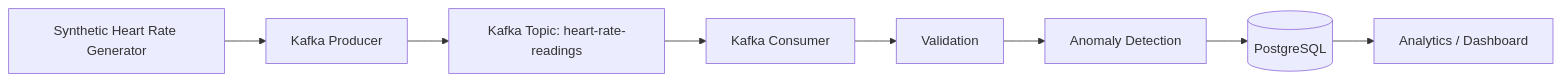
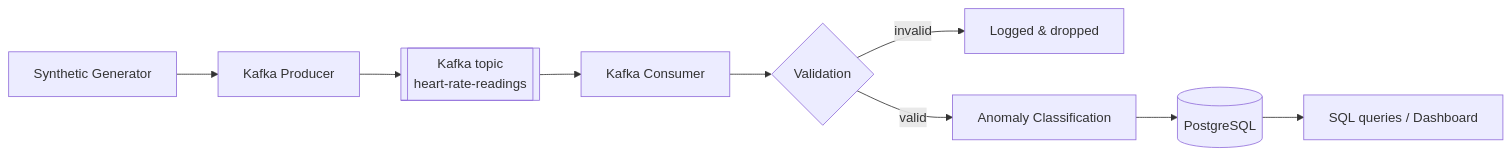
Before and after one commit to Latiah/Heart_Beat_Monitoring_System: the diagram in README.md, drawn with Mermaid. The commit also changed other lines of this file and 26 other files, not shown here.

````diff
--- a/README.md
+++ b/README.md
@@ -23,13 +23,11 @@
 ```mermaid
 flowchart LR
-    A[Synthetic Heart Rate Generator]
-    B[Kafka Producer]
-    C[Kafka Topic: heart-rate-readings]
-    D[Kafka Consumer]
-    E[Validation]
-    F[Anomaly Detection]
-    G[(PostgreSQL)]
-    H[Analytics / Dashboard]
-
-    A --> B --> C --> D --> E --> F --> G --> H
+    A[Synthetic Generator] --> B[Kafka Producer]
+    B --> C[["Kafka topic<br/>heart-rate-readings"]]
+    C --> D[Kafka Consumer]
+    D --> E{Validation}
+    E -->|invalid| X[Logged & dropped]
+    E -->|valid| F[Anomaly Classification]
+    F --> G[("PostgreSQL")]
+    G --> H[SQL queries / Dashboard]
 ```
````
